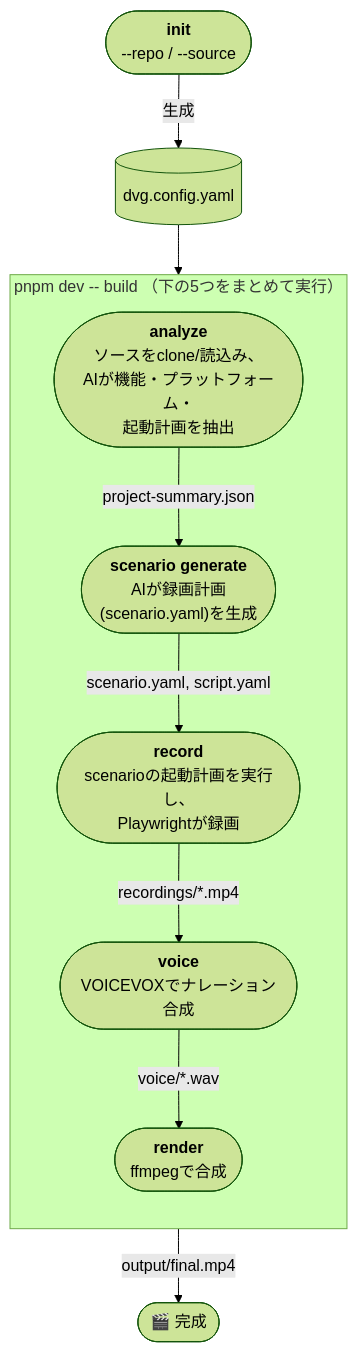
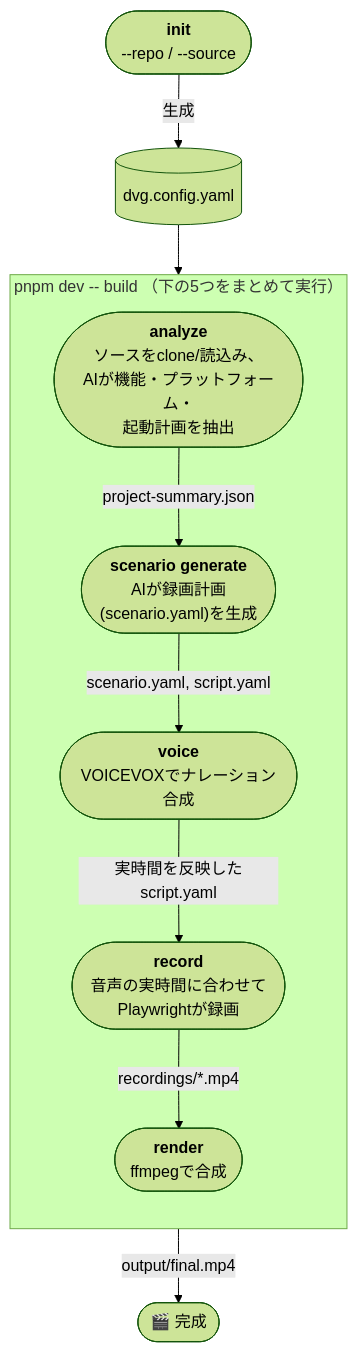
Before and after one commit to TakuKobayashi/auto-product-video-generator: the diagram in README-ja.md, drawn with Mermaid (forest theme). The commit also changed other lines of this file and 18 other files, not shown here.

````diff
--- a/README-ja.md
+++ b/README-ja.md
@@ -42,20 +52,20 @@
 ```mermaid
 flowchart TD
     init(["<b>init</b><br/>--repo / --source"]) -->|生成| cfg[(dvg.config.yaml)]
 
     subgraph build["pnpm dev -- build （下の5つをまとめて実行）"]
         direction TB
         analyze(["<b>analyze</b><br/>ソースをclone/読込み、<br/>AIが機能・プラットフォーム・<br/>起動計画を抽出"])
         scenario(["<b>scenario generate</b><br/>AIが録画計画<br/>(scenario.yaml)を生成"])
-        record(["<b>record</b><br/>scenarioの起動計画を実行し、<br/>Playwrightが録画"])
         voice(["<b>voice</b><br/>VOICEVOXでナレーション合成"])
+        record(["<b>record</b><br/>音声の実時間に合わせて<br/>Playwrightが録画"])
         render(["<b>render</b><br/>ffmpegで合成"])
         analyze -->|project-summary.json| scenario
-        scenario -->|scenario.yaml, script.yaml| record
-        record -->|recordings/*.mp4| voice
-        voice -->|voice/*.wav| render
+        scenario -->|scenario.yaml, script.yaml| voice
+        voice -->|実時間を反映したscript.yaml| record
+        record -->|recordings/*.mp4| render
     end
 
     cfg --> analyze
     render -->|output/final.mp4| done(["🎬 完成"])
 ```
````
